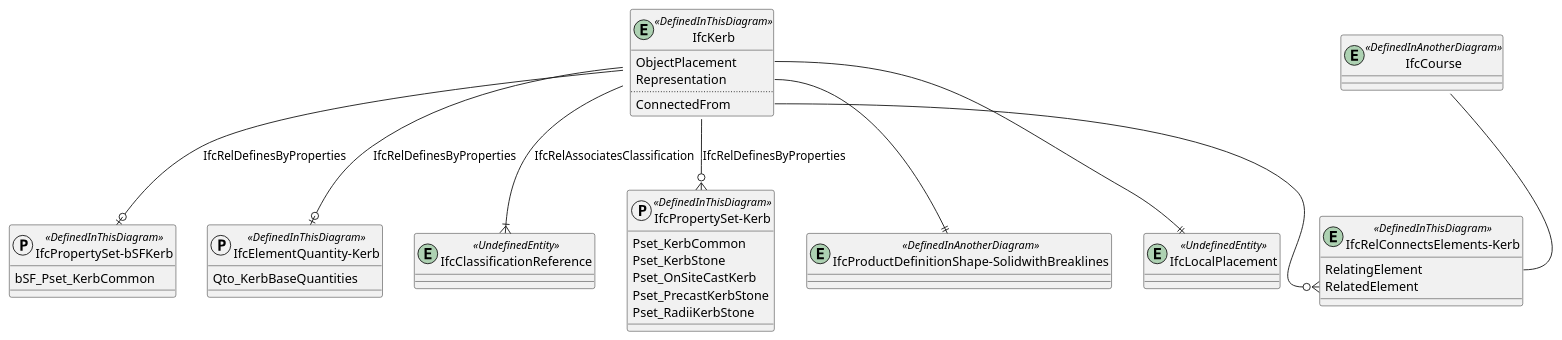
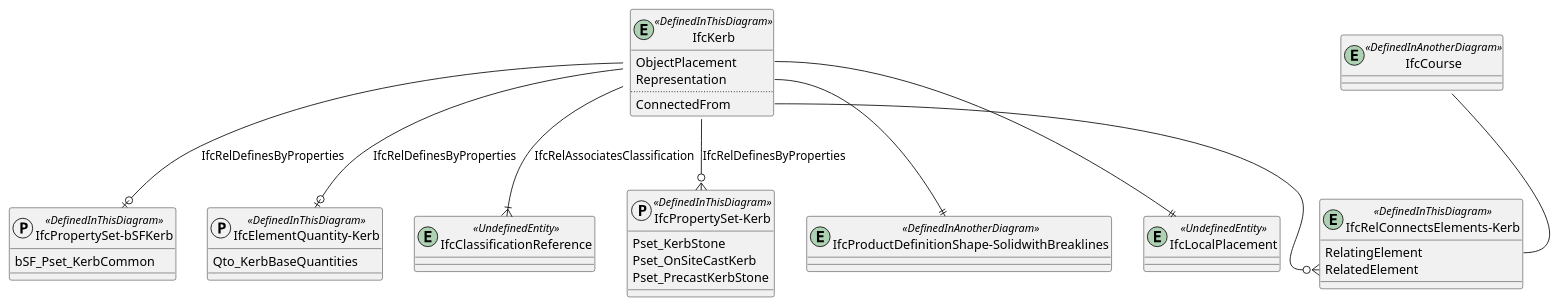
One commit to buildingSMART-Finland/RYTV-IFCRoute changed the diagram in diagrams/bsf-IfcKerb.pu. Above: the diagram before and after it, drawn with PlantUML. The commit also changed 7 other files, not shown here.

```diff
--- a/diagrams/bsf-IfcKerb.pu
+++ b/diagrams/bsf-IfcKerb.pu
@@ -1,55 +1,54 @@
 @startuml 
 
 
 entity IfcKerb <<DefinedInThisDiagram>>
 {
   ObjectPlacement
   Representation
   ..
   ConnectedFrom
 }
 
 entity IfcClassificationReference <<UndefinedEntity>>
 IfcKerb --|{ IfcClassificationReference : IfcRelAssociatesClassification
 
 entity "IfcProductDefinitionShape-SolidwithBreaklines" <<DefinedInAnotherDiagram>>
 IfcKerb::Representation --|| "IfcProductDefinitionShape-SolidwithBreaklines"
 
 entity IfcLocalPlacement <<UndefinedEntity>>
 IfcKerb::ObjectPlacement --|| IfcLocalPlacement
 
 
 protocol "IfcPropertySet-Kerb" <<DefinedInThisDiagram>>
 {
-    Pset_KerbCommon
     Pset_KerbStone
     Pset_OnSiteCastKerb
     Pset_PrecastKerbStone
-    Pset_RadiiKerbStone
 }
+
 IfcKerb --o{ "IfcPropertySet-Kerb" : IfcRelDefinesByProperties
 
 protocol "IfcPropertySet-bSFKerb" <<DefinedInThisDiagram>>
 {
     bSF_Pset_KerbCommon
 }
 IfcKerb --o| "IfcPropertySet-bSFKerb" : IfcRelDefinesByProperties
 
 protocol "IfcElementQuantity-Kerb" <<DefinedInThisDiagram>>
 {
     Qto_KerbBaseQuantities
 }
 IfcKerb --o| "IfcElementQuantity-Kerb" : IfcRelDefinesByProperties
 
 
 entity "IfcRelConnectsElements-Kerb" <<DefinedInThisDiagram>>
 {
   RelatingElement
   RelatedElement
 }
 
 entity IfcCourse <<DefinedInAnotherDiagram>>
 IfcCourse::ConnectedTo -- "IfcRelConnectsElements-Kerb::RelatingElement" 
 IfcKerb::ConnectedFrom --o{ "IfcRelConnectsElements-Kerb::RelatedElement" 
 
 @enduml
```
